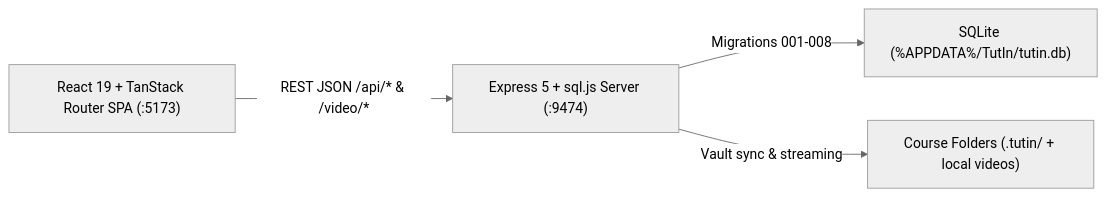
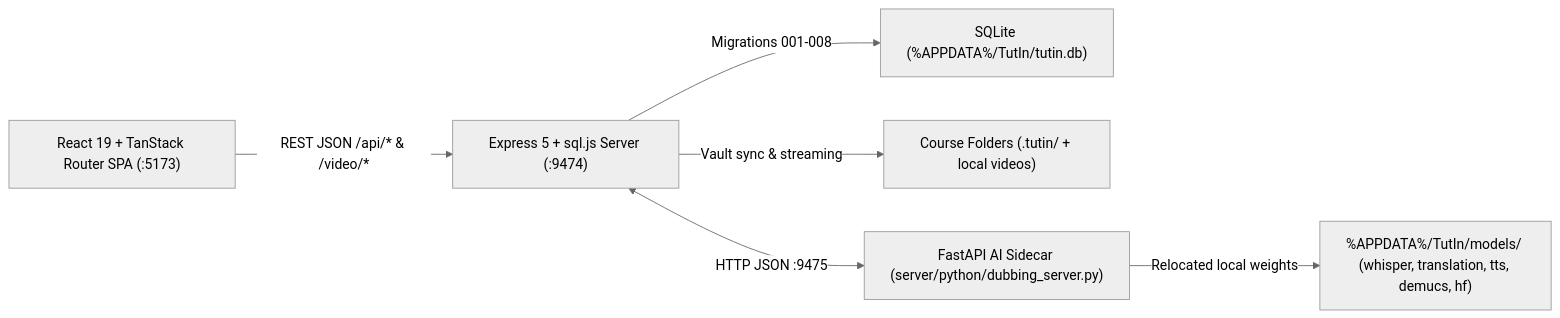
One commit to noureldenadel/TutIn changed the diagram in new ui/docs/ARCHITECTURE.md. Above: the diagram before and after it, drawn with Mermaid (neutral theme). The commit also changed other lines of this file and 25 other files, not shown here.

````diff
--- a/new ui/docs/ARCHITECTURE.md
+++ b/new ui/docs/ARCHITECTURE.md
@@ -5,6 +5,8 @@
 ```mermaid
 flowchart LR
     Client["React 19 + TanStack Router SPA (:5173)"] -->|"REST JSON /api/* & /video/*"| Server["Express 5 + sql.js Server (:9474)"]
     Server -->|"Migrations 001-008"| DB["SQLite (%APPDATA%/TutIn/tutin.db)"]
     Server -->|"Vault sync & streaming"| Vault["Course Folders (.tutin/ + local videos)"]
+    Server <-->|"HTTP JSON :9475"| PythonAI["FastAPI AI Sidecar (server/python/dubbing_server.py)"]
+    PythonAI -->|"Relocated local weights"| Models["%APPDATA%/TutIn/models/ (whisper, translation, tts, demucs, hf)"]
 ```
````
